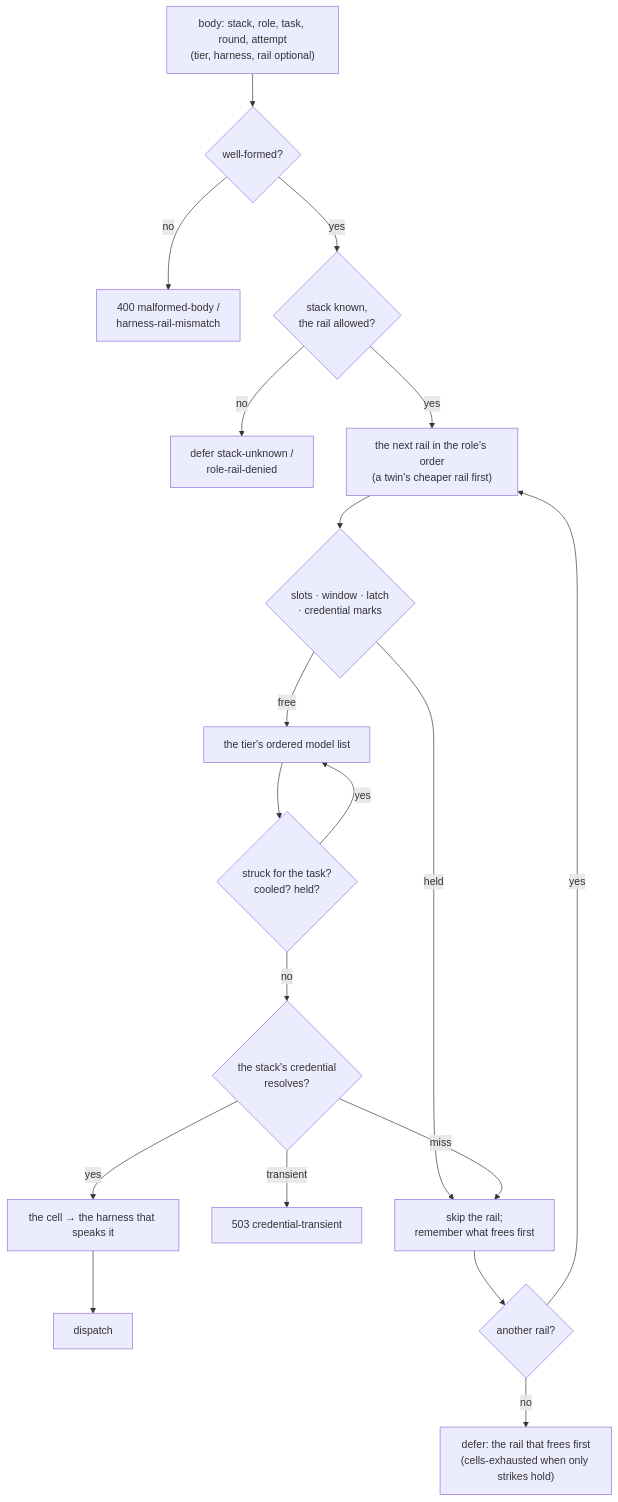
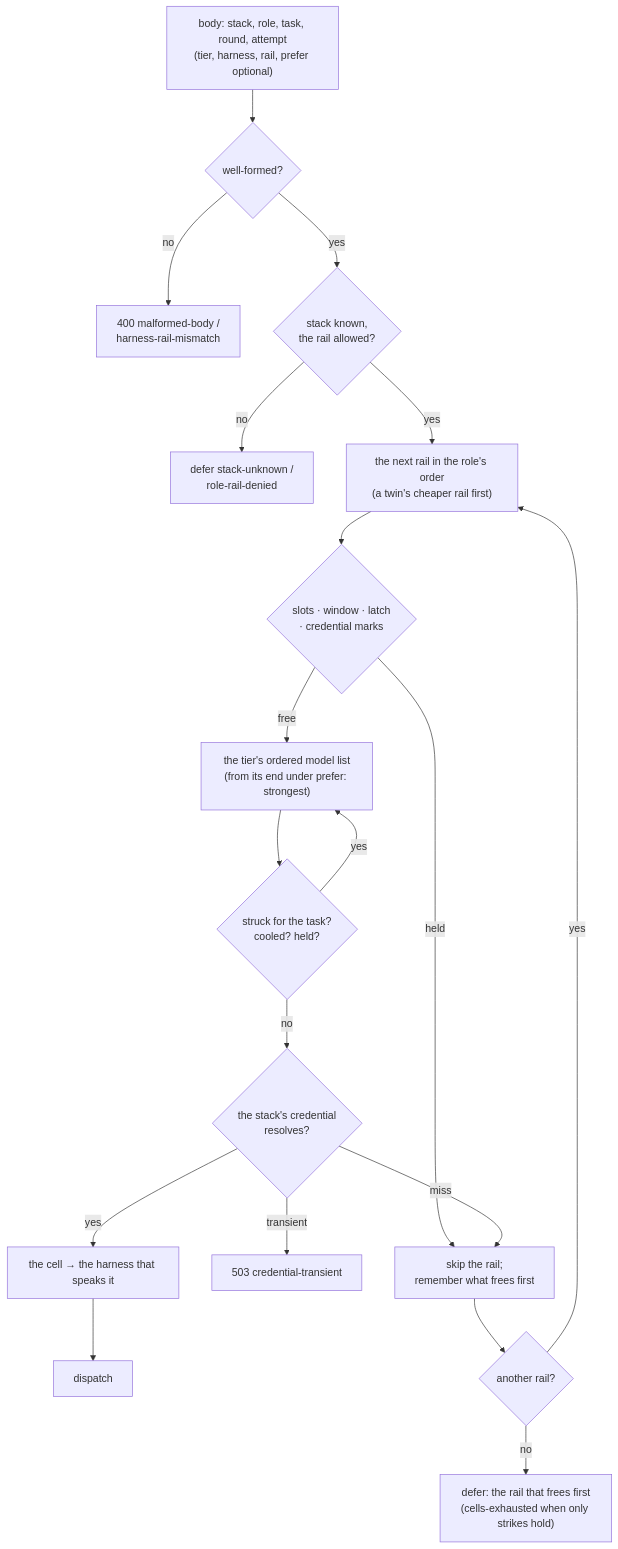
Before and after one commit to teststuffstash/homelab: the second of 4 diagrams in gateway/specs/endpoints/sessions.md, drawn with Mermaid. The commit also changed other lines of this file and 11 other files, not shown here.

First line of the commit message:
gateway: prefer strongest — walk a tier's list from its end (GW-SESSIONS-ADMIT)

````diff
--- a/gateway/specs/endpoints/sessions.md
+++ b/gateway/specs/endpoints/sessions.md
@@ -138,37 +138,37 @@
 ```mermaid
 flowchart TD
-  B["body: stack, role, task, round, attempt\n(tier, harness, rail optional)"] --> V{"well-formed?"}
+  B["body: stack, role, task, round, attempt\n(tier, harness, rail, prefer optional)"] --> V{"well-formed?"}
   V -->|no| E400["400 malformed-body /\nharness-rail-mismatch"]
   V -->|yes| ST{"stack known,\nthe rail allowed?"}
   ST -->|no| DR["defer stack-unknown /\nrole-rail-denied"]
   ST -->|yes| RL["the next rail in the role's order\n(a twin's cheaper rail first)"]
   RL --> CAP{"slots · window · latch\n· credential marks"}
   CAP -->|held| NX["skip the rail;\nremember what frees first"]
-  CAP -->|free| ML["the tier's ordered model list"]
+  CAP -->|free| ML["the tier's ordered model list\n(from its end under prefer: strongest)"]
   ML --> STR{"struck for the task?\ncooled? held?"}
   STR -->|yes| ML
   STR -->|no| CR{"the stack's credential\nresolves?"}
   CR -->|transient| E503["503 credential-transient"]
   CR -->|miss| NX
   CR -->|yes| CL["the cell → the harness that speaks it"]
   CL --> DI["dispatch"]
   NX --> MORE{"another rail?"}
   MORE -->|yes| RL
   MORE -->|no| DF["defer: the rail that frees first\n(cells-exhausted when only strikes hold)"]
   click B href "#gw-sessions-admit" "GW-SESSIONS-ADMIT" _self
   click V href "#a-malformed-body" "A malformed body" _self
   click E400 href "#an-explicit-harness-and-rail-pair" "An explicit harness and rail pair" _self
   click ST href "#the-policy-walk" "The policy walk" _self
   click DR href "#explicit-tier-harness-and-rail" "Explicit tier, harness and rail" _self
   click RL href "#the-policy-walk" "The policy walk" _self
   click CAP href "#gw-sessions-capacity" "GW-SESSIONS-CAPACITY" _self
   click NX href "#the-go-rails-429-latch-and-a-rail-that-declares-none" "The rail that frees first" _self
   click ML href "#strikes-walk-the-list" "Strikes walk the list" _self
   click STR href "#cooled-exhausted-or-held" "Cooled, exhausted, or held" _self
   click CR href "#gw-cred-resolve" "GW-CRED-RESOLVE" _self
   click E503 href "#a-defer-is-200-a-transient-fault-is-503" "A transient fault is 503" _self
   click CL href "#the-harness-follows-the-cell" "The harness follows the cell" _self
   click DI href "#counting" "Counting" _self
   click MORE href "#the-policy-walk" "The policy walk" _self
   click DF href "#cooled-exhausted-or-held" "Cooled, exhausted, or held" _self
 ```
````
